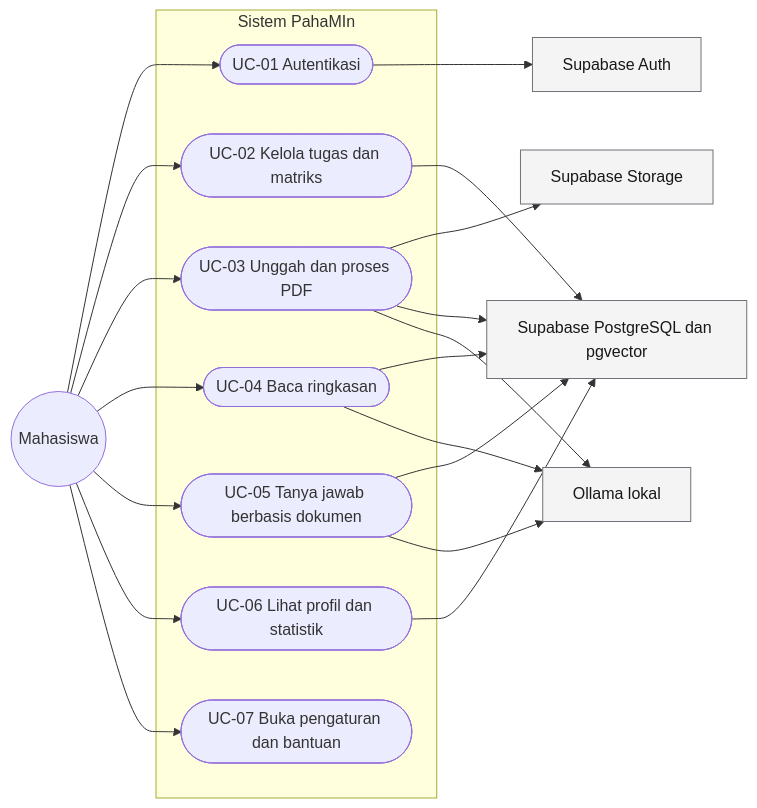
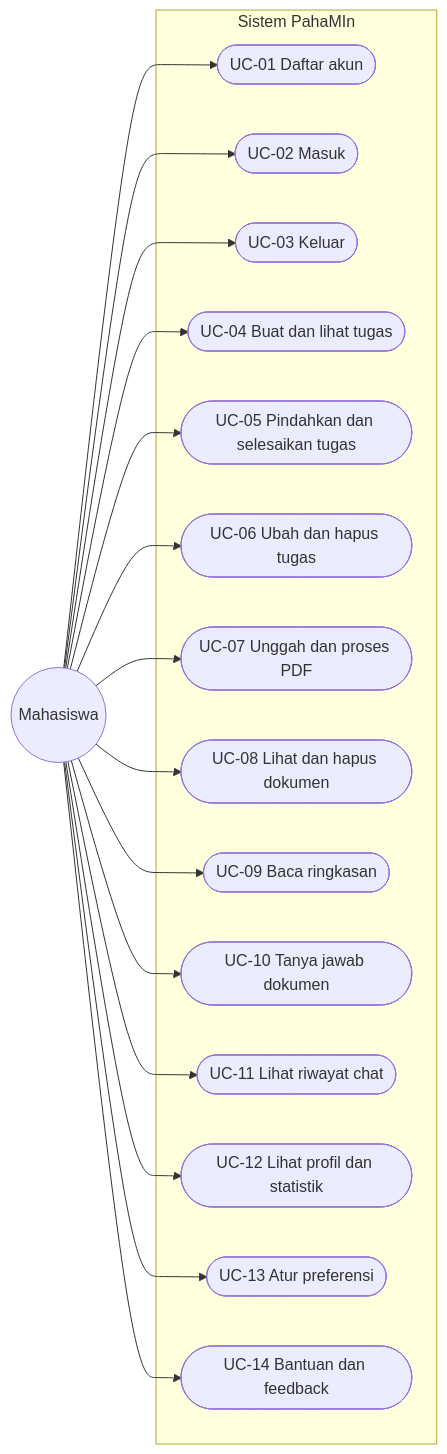
One commit to athllhrja/pahamin changed the first of 2 diagrams in docs/SKPL.md. Above: the diagram before and after it, drawn with Mermaid. The commit also changed other lines of this file, not shown here.

````diff
--- a/docs/SKPL.md
+++ b/docs/SKPL.md
@@ -102,40 +317,36 @@
 ```mermaid
 flowchart LR
     student((Mahasiswa))
-    auth[Supabase Auth]
-    data[Supabase PostgreSQL dan pgvector]
-    storage[Supabase Storage]
-    ollama[Ollama lokal]
 
     subgraph pahamin[Sistem PahaMIn]
-        UC01([UC-01 Autentikasi])
-        UC02([UC-02 Kelola tugas dan matriks])
-        UC03([UC-03 Unggah dan proses PDF])
-        UC04([UC-04 Baca ringkasan])
-        UC05([UC-05 Tanya jawab berbasis dokumen])
-        UC06([UC-06 Lihat profil dan statistik])
-        UC07([UC-07 Buka pengaturan dan bantuan])
+        UC01([UC-01 Daftar akun])
+        UC02([UC-02 Masuk])
+        UC03([UC-03 Keluar])
+        UC04([UC-04 Buat dan lihat tugas])
+        UC05([UC-05 Pindahkan dan selesaikan tugas])
+        UC06([UC-06 Ubah dan hapus tugas])
+        UC07([UC-07 Unggah dan proses PDF])
+        UC08([UC-08 Lihat dan hapus dokumen])
+        UC09([UC-09 Baca ringkasan])
+        UC10([UC-10 Tanya jawab dokumen])
+        UC11([UC-11 Lihat riwayat chat])
+        UC12([UC-12 Lihat profil dan statistik])
+        UC13([UC-13 Atur preferensi])
+        UC14([UC-14 Bantuan dan feedback])
     end
 
     student --> UC01
     student --> UC02
     student --> UC03
     student --> UC04
     student --> UC05
     student --> UC06
     student --> UC07
-
-    UC01 --> auth
-    UC02 --> data
-    UC03 --> storage
-    UC03 --> data
-    UC03 --> ollama
-    UC04 --> data
-    UC04 --> ollama
-    UC05 --> data
-    UC05 --> ollama
-    UC06 --> data
-
-    classDef external fill:#f4f4f5,stroke:#71717a,color:#18181b
-    class auth,data,storage,ollama external
+    student --> UC08
+    student --> UC09
+    student --> UC10
+    student --> UC11
+    student --> UC12
+    student --> UC13
+    student --> UC14
 ```
````
